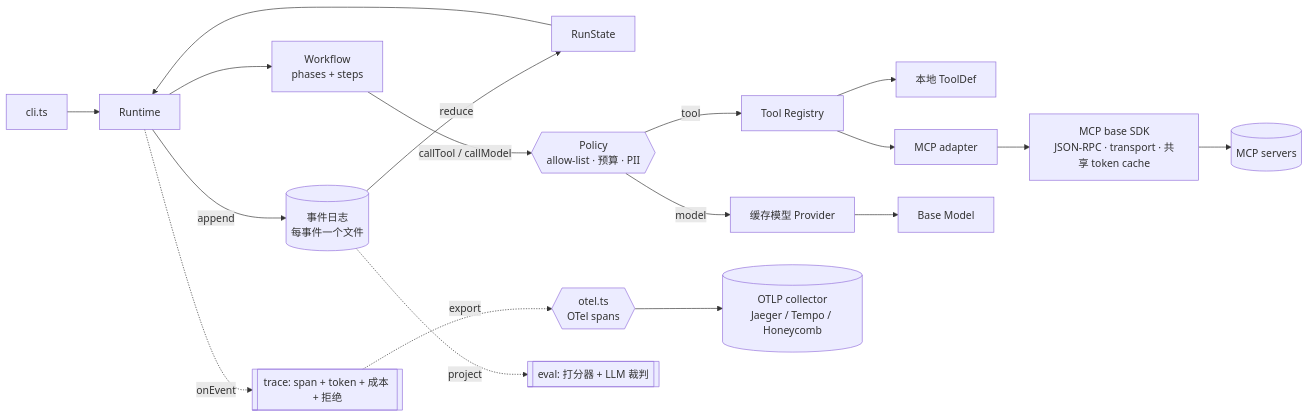
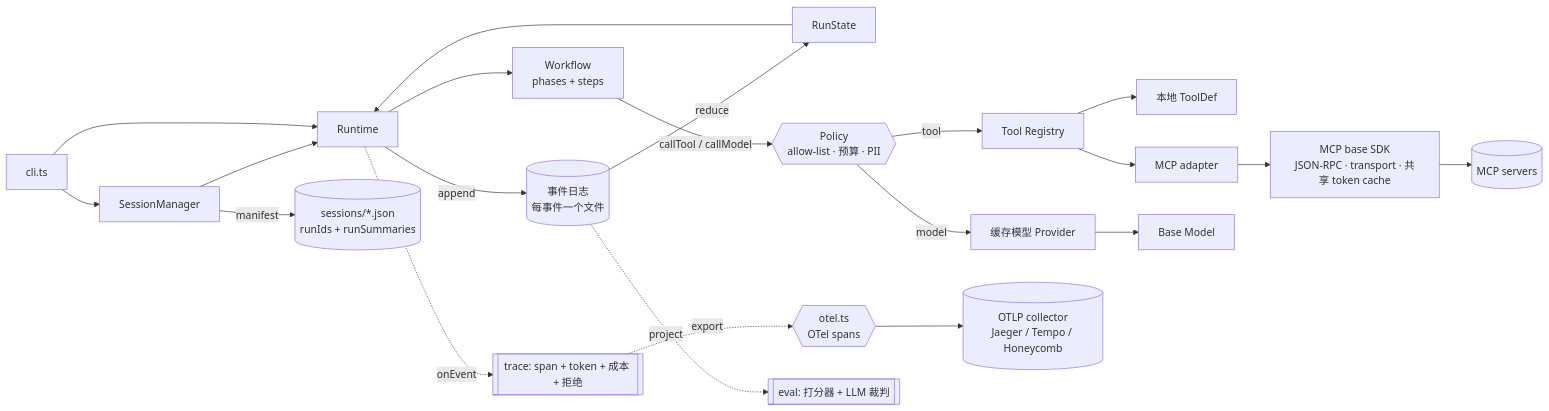
One commit to yanzhe-luomoyuyi/agent-runtime changed the diagram in durable-agent-runtime/README.md. Above: the diagram before and after it, drawn with Mermaid. The commit also changed other lines of this file and 8 other files, not shown here.

First line of the commit message:
feat(session): add incremental LLM conversation summarization for multi-turn sessions

````diff
--- a/durable-agent-runtime/README.md
+++ b/durable-agent-runtime/README.md
@@ -26,17 +26,19 @@
 ```mermaid
 flowchart LR
-    CLI[cli.ts] --> RT[Runtime]
+    CLI[cli.ts] --> SESS[SessionManager] --> RT[Runtime]
+    CLI --> RT
     RT -->|append| LOG[(事件日志<br/>每事件一个文件)]
     LOG -->|reduce| ST[RunState]
     ST --> RT
+    SESS -->|manifest| SMF[(sessions/*.json<br/>runIds + runSummaries)]
     RT --> WF[Workflow<br/>phases + steps]
     WF -->|callTool / callModel| POL{{Policy<br/>allow-list · 预算 · PII}}
     POL -->|tool| TR[Tool Registry]
     POL -->|model| MP[缓存模型 Provider]
     TR --> LOCAL[本地 ToolDef]
     TR --> ADP[MCP adapter] --> SDK["MCP base SDK<br/>JSON-RPC · transport · 共享 token cache"] --> SRV[(MCP servers)]
     MP --> BASE[Base Model]
     RT -.onEvent.-> OBS[[trace: span + token + 成本 + 拒绝]]
     OBS -.export.-> OTEL{{otel.ts<br/>OTel spans}} --> COLLECTOR[(OTLP collector<br/>Jaeger / Tempo / Honeycomb)]
     LOG -.project.-> EVAL[[eval: 打分器 + LLM 裁判]]
 ```
````
